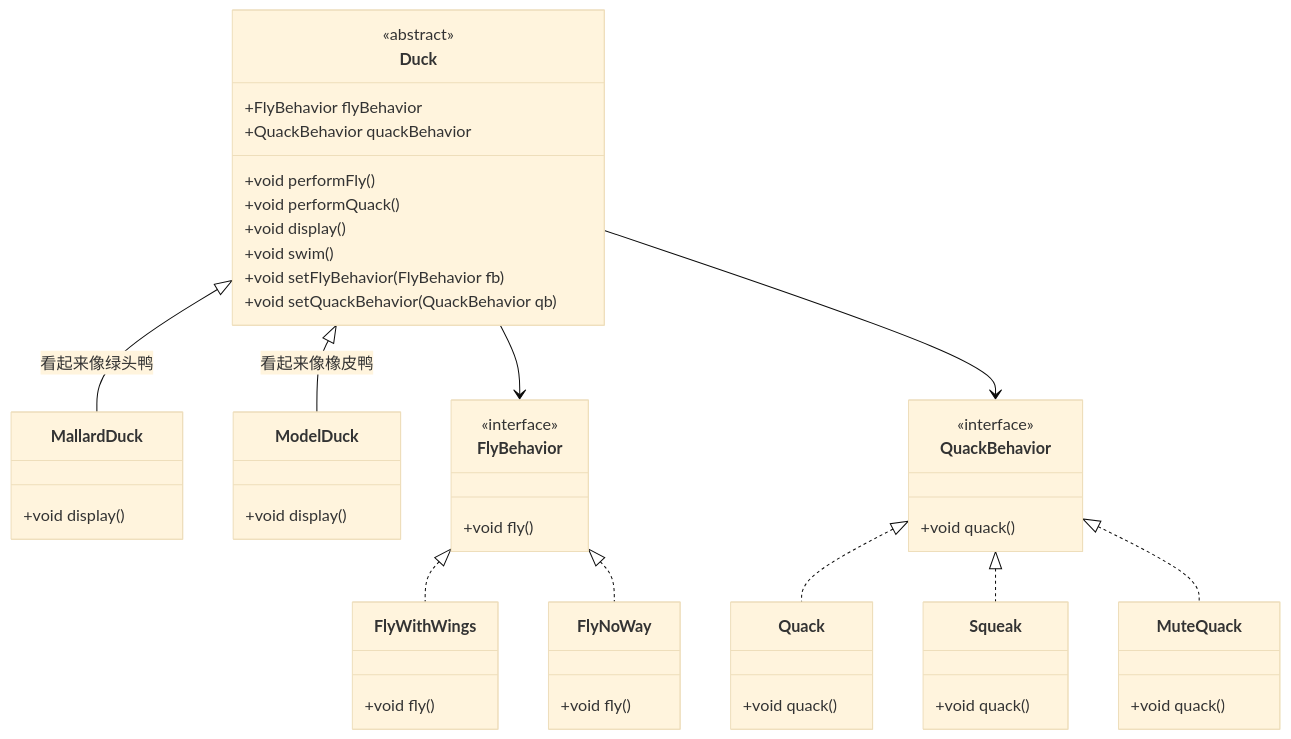
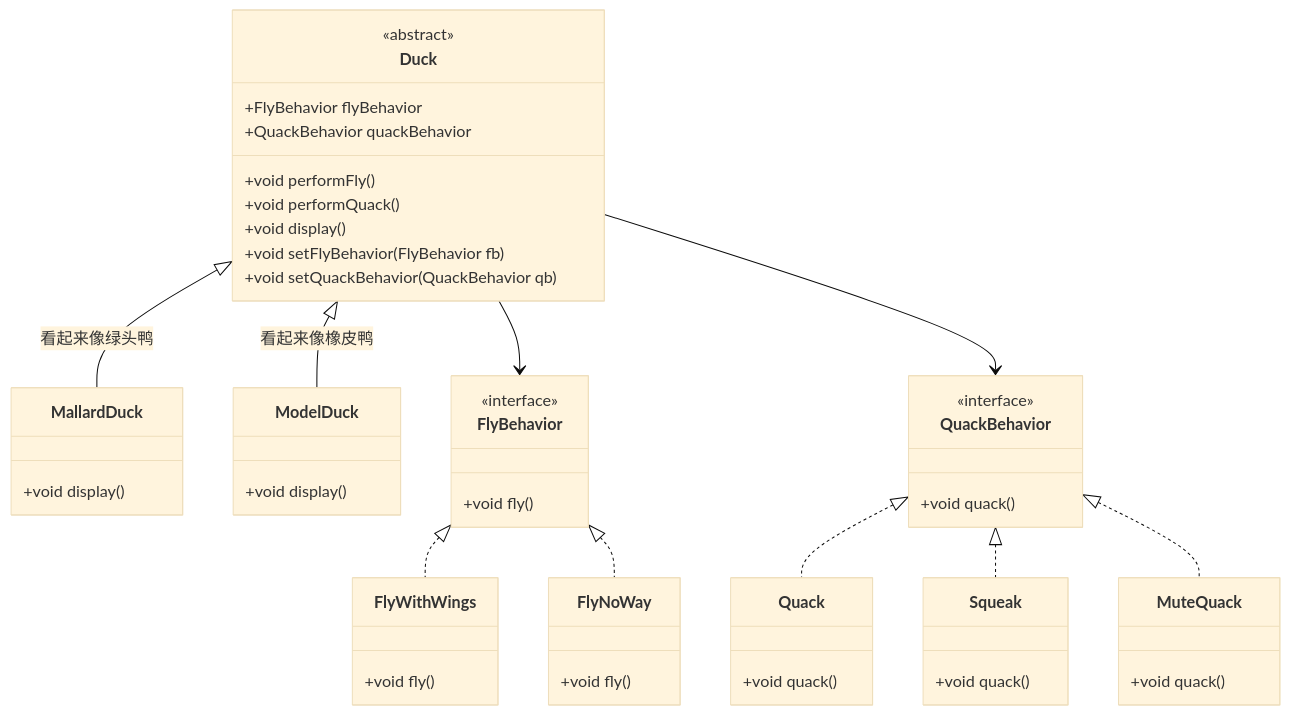
The second of 2 diagrams in 计算机/设计模式/2-3 行为型模式.md (poppop9/obsidian), drawn with Mermaid (base theme) before and after one commit. The commit also changed other lines of this file and 3 other files, not shown here.

````diff
--- a/计算机/设计模式/2-3 行为型模式.md
+++ b/计算机/设计模式/2-3 行为型模式.md
@@ -27,60 +51,59 @@
 ```mermaid
 classDiagram
     class Duck {
 		<<abstract>>
 		+FlyBehavior flyBehavior
 		+QuackBehavior quackBehavior
 		+void performFly()
 		+void performQuack()
 		+void display()
-		+void swim()
 		+void setFlyBehavior(FlyBehavior fb)
 		+void setQuackBehavior(QuackBehavior qb)
     }
     
     class MallardDuck {
         +void display()
     }
     class ModelDuck {
         +void display()
     }
     
     Duck <|-- MallardDuck : 看起来像绿头鸭
     Duck <|-- ModelDuck : 看起来像橡皮鸭
 
 	%% 飞行接口
 	class FlyBehavior {
 		<<interface>>
         +void fly()
     }
 	class FlyWithWings {
 		+void fly()
 	}
 	class FlyNoWay {
 		+void fly()
 	}
 	FlyBehavior <|.. FlyWithWings
 	FlyBehavior <|.. FlyNoWay
 
 
     %% 叫声接口
     class QuackBehavior {
 	    <<interface>>
         +void quack()
     }
     class Quack {
 	    +void quack()
     }
     class Squeak {
 	    +void quack()
     }
     class MuteQuack {
 	    +void quack()
     }
     QuackBehavior <|.. Quack
     QuackBehavior <|.. Squeak
     QuackBehavior <|.. MuteQuack
 
 	Duck --> FlyBehavior
     Duck --> QuackBehavior
 ```
````
